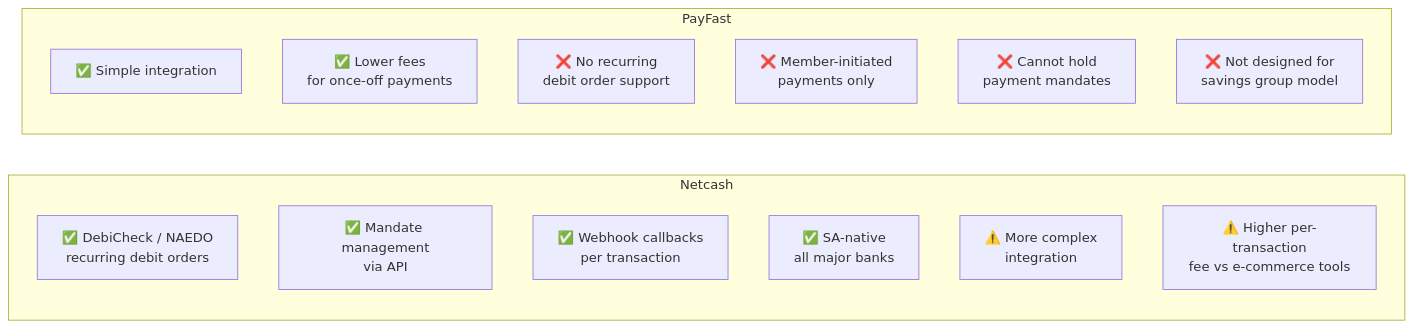
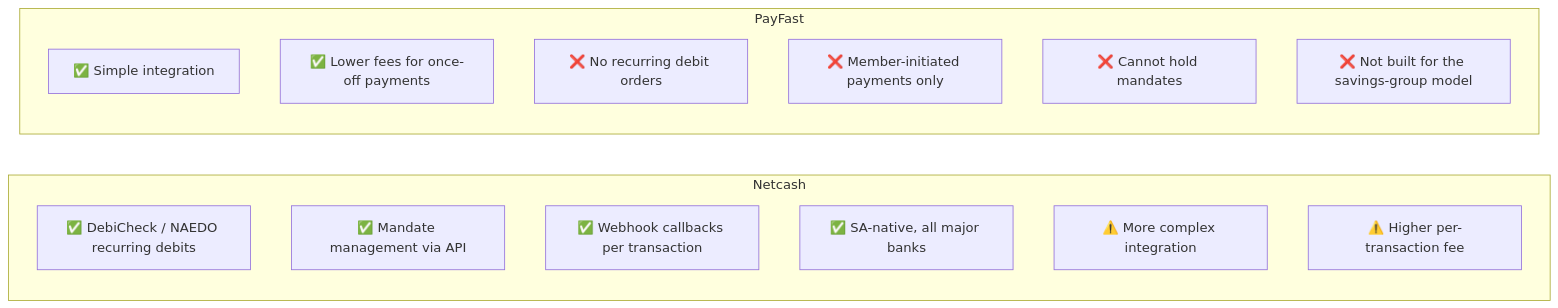
One commit to KSDRILL-SA/Xkimi-Xa-Mali changed the diagram in docs/adr/001-netcash-over-payfast.md. Above: the diagram before and after it, drawn with Mermaid. The commit also changed other lines of this file and 10 other files, not shown here.

````diff
--- a/docs/adr/001-netcash-over-payfast.md
+++ b/docs/adr/001-netcash-over-payfast.md
@@ -30,20 +30,19 @@
 ```mermaid
 flowchart LR
     subgraph NETCASH["Netcash"]
-        NC1["✅ DebiCheck / NAEDO\nrecurring debit orders"]
-        NC2["✅ Mandate management\nvia API"]
-        NC3["✅ Webhook callbacks\nper transaction"]
-        NC4["✅ SA-native\nall major banks"]
-        NC5["⚠️ More complex\nintegration"]
-        NC6["⚠️ Higher per-transaction\nfee vs e-commerce tools"]
+        NC1["✅ DebiCheck / NAEDO recurring debits"]
+        NC2["✅ Mandate management via API"]
+        NC3["✅ Webhook callbacks per transaction"]
+        NC4["✅ SA-native, all major banks"]
+        NC5["⚠️ More complex integration"]
+        NC6["⚠️ Higher per-transaction fee"]
     end
-
     subgraph PAYFAST["PayFast"]
         PF1["✅ Simple integration"]
-        PF2["✅ Lower fees\nfor once-off payments"]
-        PF3["❌ No recurring\ndebit order support"]
-        PF4["❌ Member-initiated\npayments only"]
-        PF5["❌ Cannot hold\npayment mandates"]
-        PF6["❌ Not designed for\nsavings group model"]
+        PF2["✅ Lower fees for once-off payments"]
+        PF3["❌ No recurring debit orders"]
+        PF4["❌ Member-initiated payments only"]
+        PF5["❌ Cannot hold mandates"]
+        PF6["❌ Not built for the savings-group model"]
     end
 ```
````
